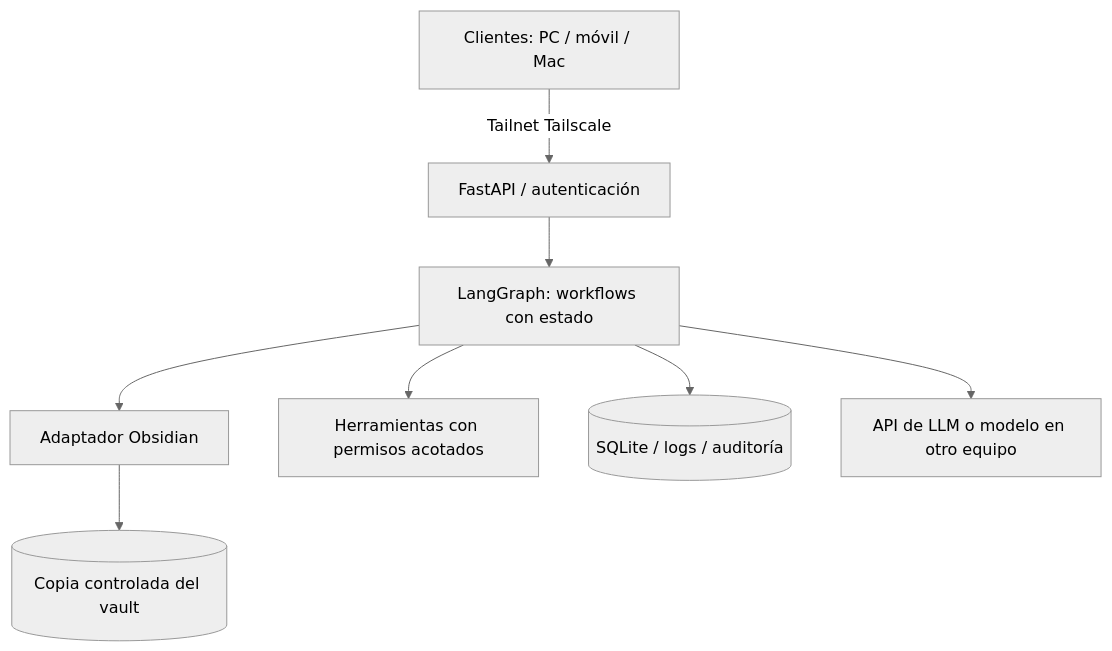
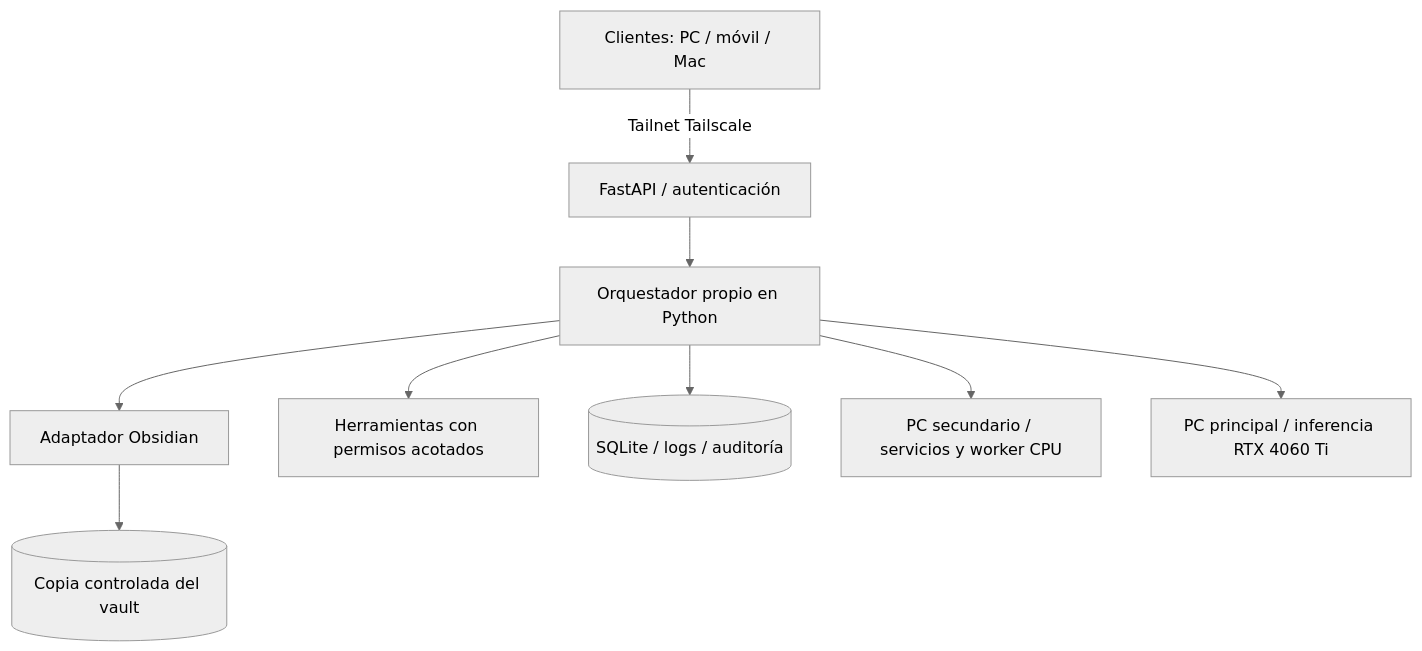
One commit to afvv2602/pi-agents changed the second of 2 diagrams in docs/04-arquitectura.md. Above: the diagram before and after it, drawn with Mermaid (neutral theme). The commit also changed other lines of this file and 4 other files, not shown here.

````diff
--- a/docs/04-arquitectura.md
+++ b/docs/04-arquitectura.md
@@ -18,10 +18,11 @@
 ```mermaid
 flowchart TB
   User[Clientes: PC / móvil / Mac] -->|Tailnet Tailscale| Api[FastAPI / autenticación]
-  Api --> Orch[LangGraph: workflows con estado]
+  Api --> Orch[Orquestador propio en Python]
   Orch --> Obs[Adaptador Obsidian]
   Orch --> Tools[Herramientas con permisos acotados]
   Orch --> DB[(SQLite / logs / auditoría)]
-  Orch --> Model[API de LLM o modelo en otro equipo]
+  Orch --> Server[PC secundario / servicios y worker CPU]
+  Orch --> Model[PC principal / inferencia RTX 4060 Ti]
   Obs --> Vault[(Copia controlada del vault)]
 ```
````
